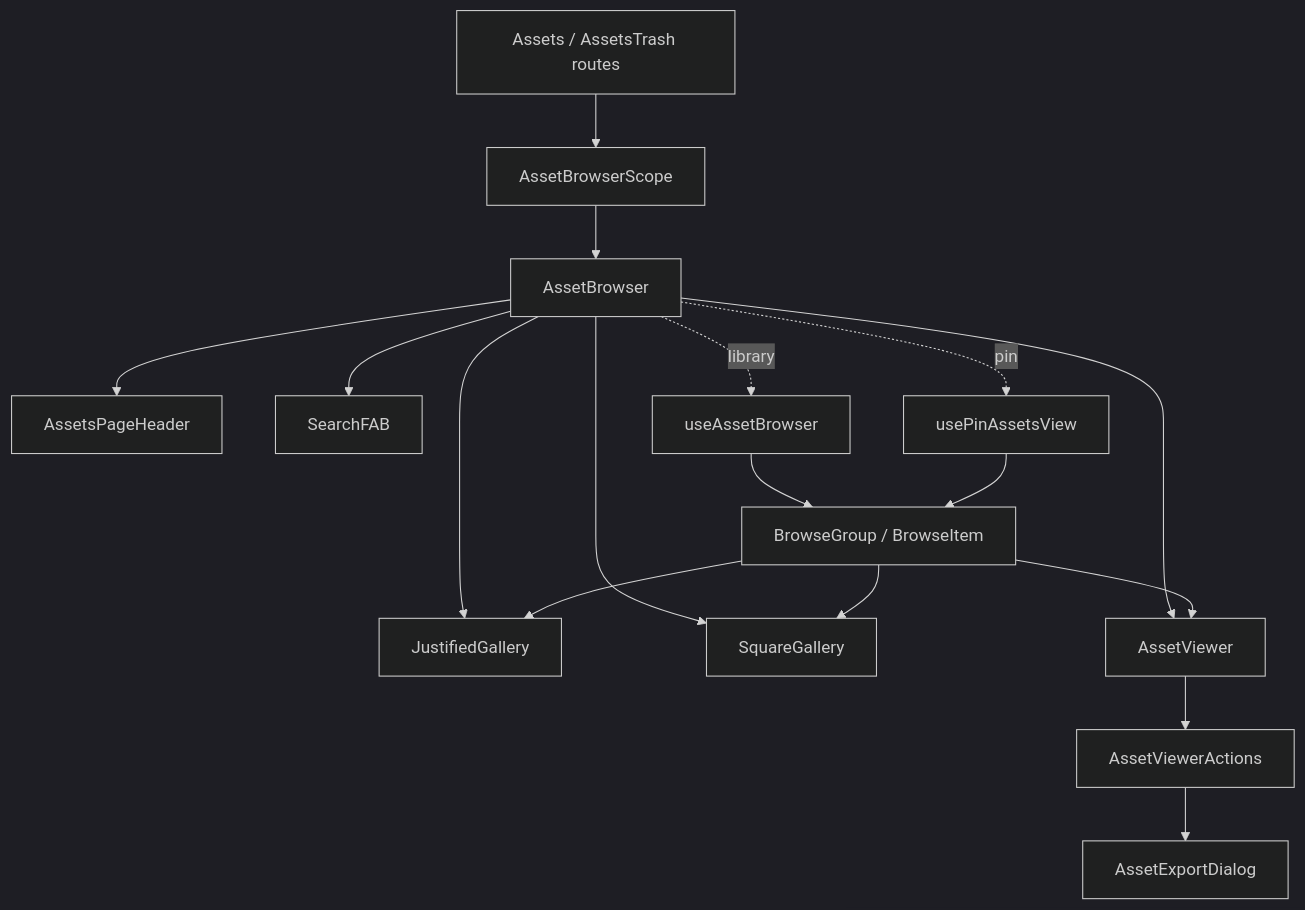
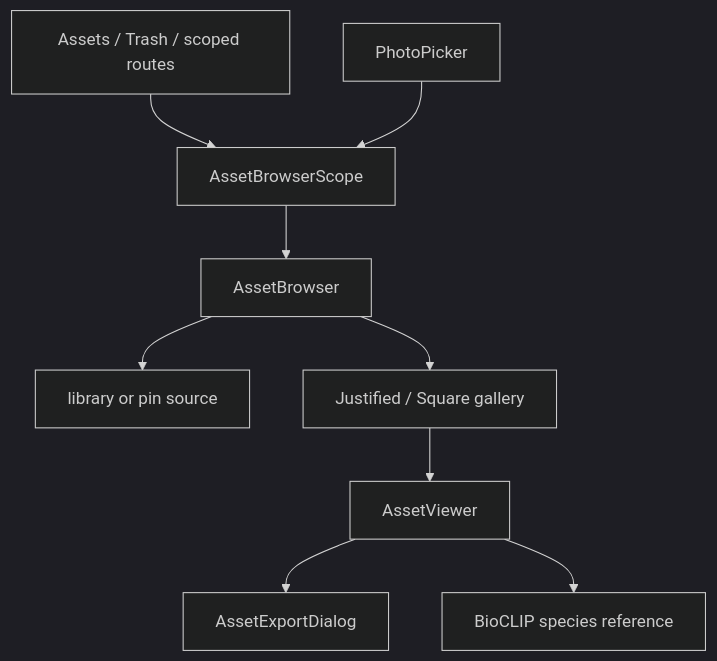
Before and after one commit to EdwinZhanCN/Lumilio-Photos: the diagram in web/src/features/assets/doc.md, drawn with Mermaid (dark theme). The commit also changed other lines of this file and 74 other files, not shown here.

````diff
--- a/web/src/features/assets/doc.md
+++ b/web/src/features/assets/doc.md
@@ -66,19 +24,11 @@
 ```mermaid
 flowchart TD
-    ROUTE["Assets / AssetsTrash routes"] --> PROVIDER["AssetBrowserScope"]
-    PROVIDER --> PAGE["AssetBrowser"]
-    PAGE --> HEADER["AssetsPageHeader"]
-    PAGE --> JG["JustifiedGallery"]
-    PAGE --> SG["SquareGallery"]
-    PAGE --> FS["AssetViewer"]
-    FS --> ACTIONS["AssetViewerActions"]
-    ACTIONS --> EXPORT["AssetExportDialog"]
-    PAGE --> SEARCH["SearchFAB"]
-    PAGE -. pin .-> PIN["usePinAssetsView"]
-    PAGE -. library .-> VIEW["useAssetBrowser"]
-    VIEW --> BROWSE["BrowseGroup / BrowseItem"]
-    PIN --> BROWSE
-    BROWSE --> JG
-    BROWSE --> SG
-    BROWSE --> FS
+    ROUTES["Assets / Trash / scoped routes"] --> SCOPE["AssetBrowserScope"]
+    SCOPE --> BROWSER["AssetBrowser"]
+    BROWSER --> SOURCE["library or pin source"]
+    BROWSER --> GALLERY["Justified / Square gallery"]
+    GALLERY --> VIEWER["AssetViewer"]
+    VIEWER --> EXPORT["AssetExportDialog"]
+    VIEWER --> SPECIES["BioCLIP species reference"]
+    PICKER["PhotoPicker"] --> SCOPE
 ```
````
